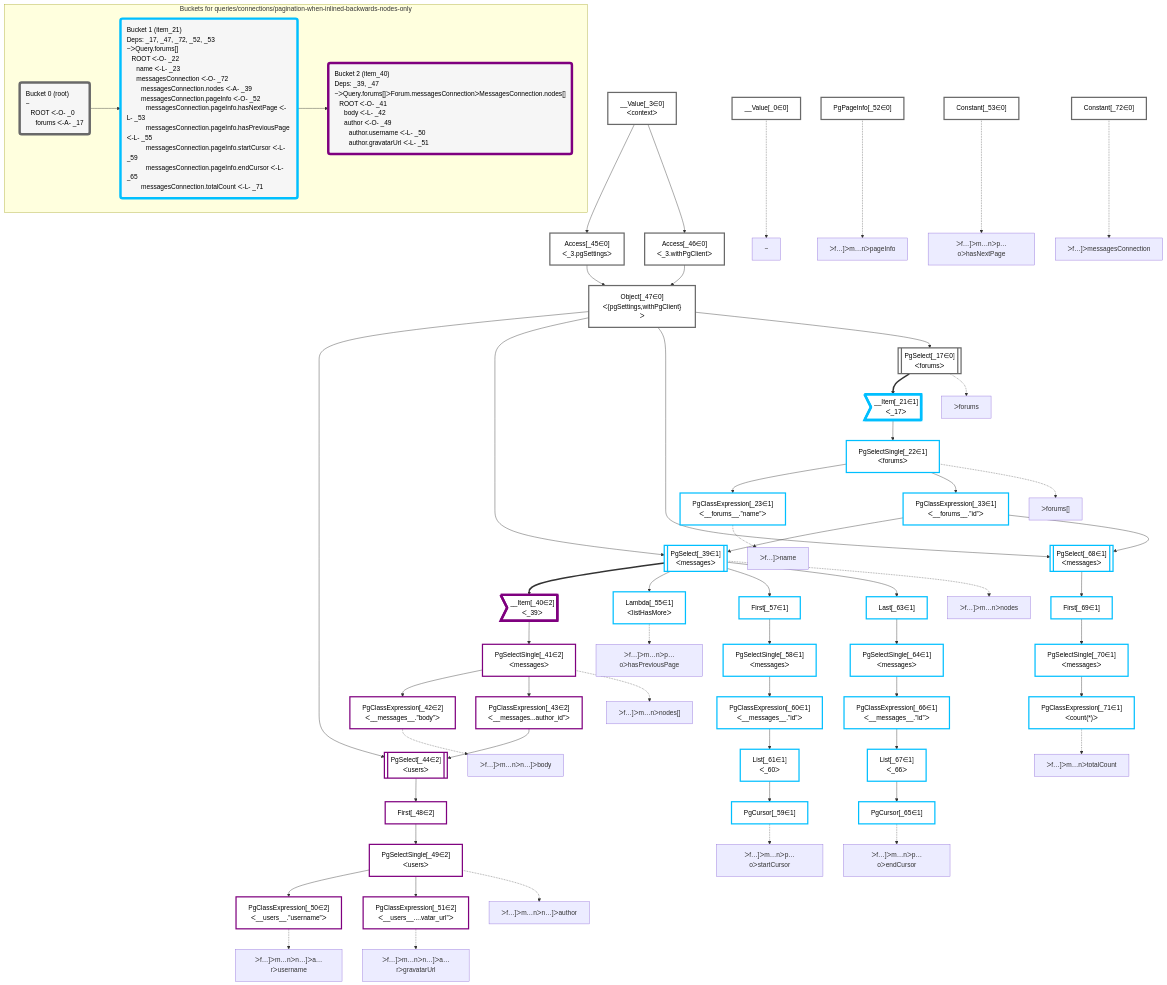
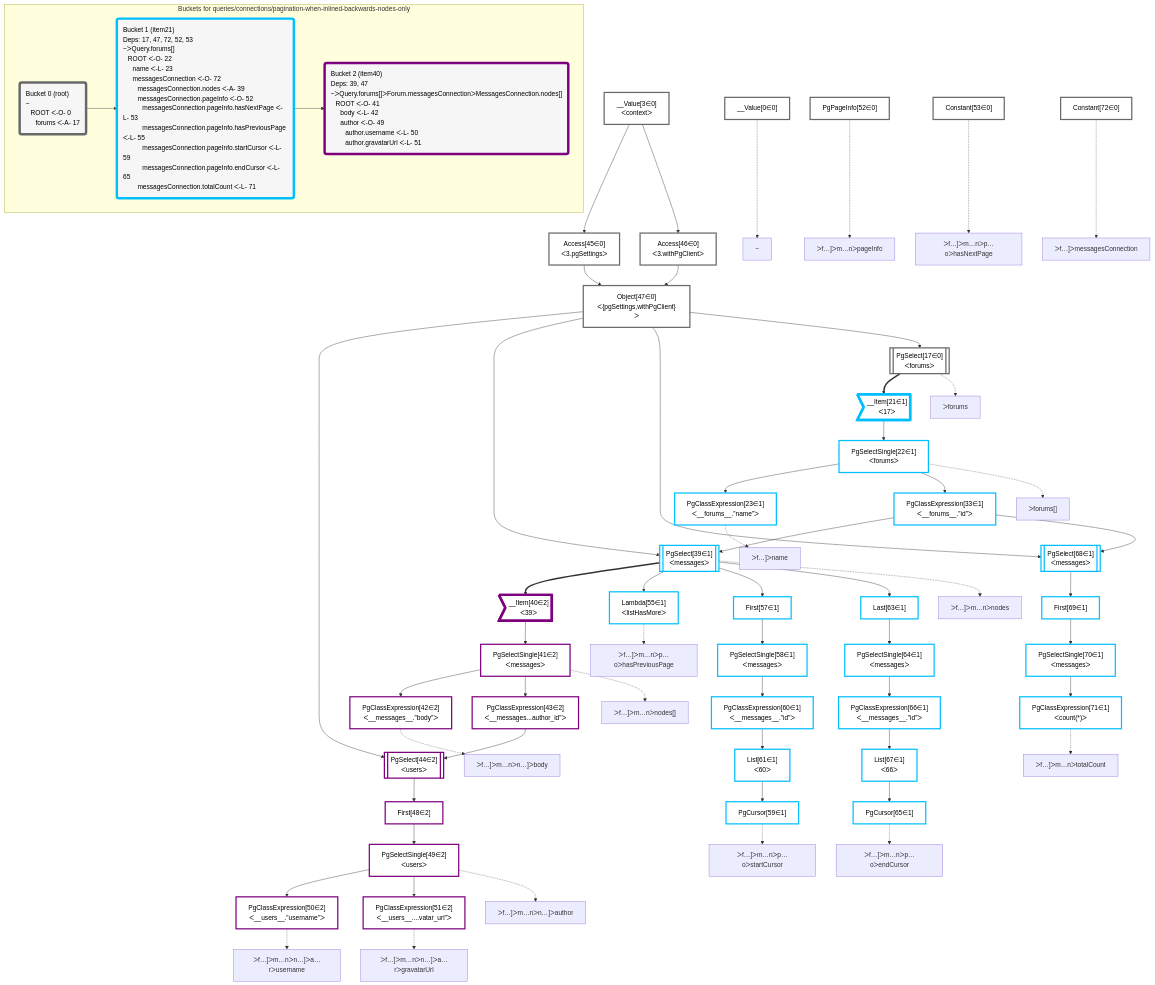
One commit to graphile/crystal changed the diagram in packages/dataplan-pg/__tests__/queries/connections/pagination-when-inlined-backwards-nodes-only.deopt.mermaid.md. Above: the diagram before and after it, drawn with Mermaid. The commit also changed 195 other files, not shown here.

```diff
--- a/packages/dataplan-pg/__tests__/queries/connections/pagination-when-inlined-backwards-nodes-only.deopt.mermaid.md
+++ b/packages/dataplan-pg/__tests__/queries/connections/pagination-when-inlined-backwards-nodes-only.deopt.mermaid.md
@@ -8,126 +8,126 @@
 
 
     %% define plans
-    __Value_0["__Value[_0∈0]"]:::plan
-    PgClassExpression_23["PgClassExpression[_23∈1]<br />ᐸ__forums__.”name”ᐳ"]:::plan
-    PgClassExpression_42["PgClassExpression[_42∈2]<br />ᐸ__messages__.”body”ᐳ"]:::plan
-    PgClassExpression_50["PgClassExpression[_50∈2]<br />ᐸ__users__.”username”ᐳ"]:::plan
-    PgClassExpression_51["PgClassExpression[_51∈2]<br />ᐸ__users__....vatar_url”ᐳ"]:::plan
-    PgSelectSingle_49["PgSelectSingle[_49∈2]<br />ᐸusersᐳ"]:::plan
-    First_48["First[_48∈2]"]:::plan
-    PgSelect_44[["PgSelect[_44∈2]<br />ᐸusersᐳ"]]:::plan
-    PgClassExpression_43["PgClassExpression[_43∈2]<br />ᐸ__messages...author_id”ᐳ"]:::plan
-    PgSelectSingle_41["PgSelectSingle[_41∈2]<br />ᐸmessagesᐳ"]:::plan
-    __Item_40>"__Item[_40∈2]<br />ᐸ_39ᐳ"]:::itemplan
-    Lambda_55["Lambda[_55∈1]<br />ᐸlistHasMoreᐳ"]:::plan
-    PgCursor_59["PgCursor[_59∈1]"]:::plan
-    List_61["List[_61∈1]<br />ᐸ_60ᐳ"]:::plan
-    PgClassExpression_60["PgClassExpression[_60∈1]<br />ᐸ__messages__.”id”ᐳ"]:::plan
-    PgSelectSingle_58["PgSelectSingle[_58∈1]<br />ᐸmessagesᐳ"]:::plan
-    First_57["First[_57∈1]"]:::plan
-    PgCursor_65["PgCursor[_65∈1]"]:::plan
-    List_67["List[_67∈1]<br />ᐸ_66ᐳ"]:::plan
-    PgClassExpression_66["PgClassExpression[_66∈1]<br />ᐸ__messages__.”id”ᐳ"]:::plan
-    PgSelectSingle_64["PgSelectSingle[_64∈1]<br />ᐸmessagesᐳ"]:::plan
-    Last_63["Last[_63∈1]"]:::plan
-    PgSelect_39[["PgSelect[_39∈1]<br />ᐸmessagesᐳ"]]:::plan
-    PgClassExpression_71["PgClassExpression[_71∈1]<br />ᐸcount(*)ᐳ"]:::plan
-    PgSelectSingle_70["PgSelectSingle[_70∈1]<br />ᐸmessagesᐳ"]:::plan
-    First_69["First[_69∈1]"]:::plan
-    PgSelect_68[["PgSelect[_68∈1]<br />ᐸmessagesᐳ"]]:::plan
-    PgClassExpression_33["PgClassExpression[_33∈1]<br />ᐸ__forums__.”id”ᐳ"]:::plan
-    PgSelectSingle_22["PgSelectSingle[_22∈1]<br />ᐸforumsᐳ"]:::plan
-    __Item_21>"__Item[_21∈1]<br />ᐸ_17ᐳ"]:::itemplan
-    PgSelect_17[["PgSelect[_17∈0]<br />ᐸforumsᐳ"]]:::plan
-    Object_47["Object[_47∈0]<br />ᐸ{pgSettings,withPgClient}ᐳ"]:::plan
-    Access_45["Access[_45∈0]<br />ᐸ_3.pgSettingsᐳ"]:::plan
-    Access_46["Access[_46∈0]<br />ᐸ_3.withPgClientᐳ"]:::plan
-    __Value_3["__Value[_3∈0]<br />ᐸcontextᐳ"]:::plan
-    Constant_72["Constant[_72∈0]"]:::plan
-    PgPageInfo_52["PgPageInfo[_52∈0]"]:::plan
-    Constant_53["Constant[_53∈0]"]:::plan
+    __Value0["__Value[0∈0]"]:::plan
+    PgClassExpression23["PgClassExpression[23∈1]<br />ᐸ__forums__.”name”ᐳ"]:::plan
+    PgClassExpression42["PgClassExpression[42∈2]<br />ᐸ__messages__.”body”ᐳ"]:::plan
+    PgClassExpression50["PgClassExpression[50∈2]<br />ᐸ__users__.”username”ᐳ"]:::plan
+    PgClassExpression51["PgClassExpression[51∈2]<br />ᐸ__users__....vatar_url”ᐳ"]:::plan
+    PgSelectSingle49["PgSelectSingle[49∈2]<br />ᐸusersᐳ"]:::plan
+    First48["First[48∈2]"]:::plan
+    PgSelect44[["PgSelect[44∈2]<br />ᐸusersᐳ"]]:::plan
+    PgClassExpression43["PgClassExpression[43∈2]<br />ᐸ__messages...author_id”ᐳ"]:::plan
+    PgSelectSingle41["PgSelectSingle[41∈2]<br />ᐸmessagesᐳ"]:::plan
+    __Item40>"__Item[40∈2]<br />ᐸ39ᐳ"]:::itemplan
+    Lambda55["Lambda[55∈1]<br />ᐸlistHasMoreᐳ"]:::plan
+    PgCursor59["PgCursor[59∈1]"]:::plan
+    List61["List[61∈1]<br />ᐸ60ᐳ"]:::plan
+    PgClassExpression60["PgClassExpression[60∈1]<br />ᐸ__messages__.”id”ᐳ"]:::plan
+    PgSelectSingle58["PgSelectSingle[58∈1]<br />ᐸmessagesᐳ"]:::plan
+    First57["First[57∈1]"]:::plan
+    PgCursor65["PgCursor[65∈1]"]:::plan
+    List67["List[67∈1]<br />ᐸ66ᐳ"]:::plan
+    PgClassExpression66["PgClassExpression[66∈1]<br />ᐸ__messages__.”id”ᐳ"]:::plan
+    PgSelectSingle64["PgSelectSingle[64∈1]<br />ᐸmessagesᐳ"]:::plan
+    Last63["Last[63∈1]"]:::plan
+    PgSelect39[["PgSelect[39∈1]<br />ᐸmessagesᐳ"]]:::plan
+    PgClassExpression71["PgClassExpression[71∈1]<br />ᐸcount(*)ᐳ"]:::plan
+    PgSelectSingle70["PgSelectSingle[70∈1]<br />ᐸmessagesᐳ"]:::plan
+    First69["First[69∈1]"]:::plan
+    PgSelect68[["PgSelect[68∈1]<br />ᐸmessagesᐳ"]]:::plan
+    PgClassExpression33["PgClassExpression[33∈1]<br />ᐸ__forums__.”id”ᐳ"]:::plan
+    PgSelectSingle22["PgSelectSingle[22∈1]<br />ᐸforumsᐳ"]:::plan
+    __Item21>"__Item[21∈1]<br />ᐸ17ᐳ"]:::itemplan
+    PgSelect17[["PgSelect[17∈0]<br />ᐸforumsᐳ"]]:::plan
+    Object47["Object[47∈0]<br />ᐸ{pgSettings,withPgClient}ᐳ"]:::plan
+    Access45["Access[45∈0]<br />ᐸ3.pgSettingsᐳ"]:::plan
+    Access46["Access[46∈0]<br />ᐸ3.withPgClientᐳ"]:::plan
+    __Value3["__Value[3∈0]<br />ᐸcontextᐳ"]:::plan
+    Constant72["Constant[72∈0]"]:::plan
+    PgPageInfo52["PgPageInfo[52∈0]"]:::plan
+    Constant53["Constant[53∈0]"]:::plan
 
     %% plan dependencies
-    PgSelectSingle_22 --> PgClassExpression_23
-    PgSelectSingle_41 --> PgClassExpression_42
-    PgSelectSingle_49 --> PgClassExpression_50
-    PgSelectSingle_49 --> PgClassExpression_51
-    First_48 --> PgSelectSingle_49
-    PgSelect_44 --> First_48
-    Object_47 & PgClassExpression_43 --> PgSelect_44
-    PgSelectSingle_41 --> PgClassExpression_43
-    __Item_40 --> PgSelectSingle_41
-    PgSelect_39 ==> __Item_40
-    PgSelect_39 --> Lambda_55
-    List_61 --> PgCursor_59
-    PgClassExpression_60 --> List_61
-    PgSelectSingle_58 --> PgClassExpression_60
-    First_57 --> PgSelectSingle_58
-    PgSelect_39 --> First_57
-    List_67 --> PgCursor_65
-    PgClassExpression_66 --> List_67
-    PgSelectSingle_64 --> PgClassExpression_66
-    Last_63 --> PgSelectSingle_64
-    PgSelect_39 --> Last_63
-    Object_47 & PgClassExpression_33 --> PgSelect_39
-    PgSelectSingle_70 --> PgClassExpression_71
-    First_69 --> PgSelectSingle_70
-    PgSelect_68 --> First_69
-    Object_47 & PgClassExpression_33 --> PgSelect_68
-    PgSelectSingle_22 --> PgClassExpression_33
-    __Item_21 --> PgSelectSingle_22
-    PgSelect_17 ==> __Item_21
-    Object_47 --> PgSelect_17
-    Access_45 & Access_46 --> Object_47
-    __Value_3 --> Access_45
-    __Value_3 --> Access_46
+    PgSelectSingle22 --> PgClassExpression23
+    PgSelectSingle41 --> PgClassExpression42
+    PgSelectSingle49 --> PgClassExpression50
+    PgSelectSingle49 --> PgClassExpression51
+    First48 --> PgSelectSingle49
+    PgSelect44 --> First48
+    Object47 & PgClassExpression43 --> PgSelect44
+    PgSelectSingle41 --> PgClassExpression43
+    __Item40 --> PgSelectSingle41
+    PgSelect39 ==> __Item40
+    PgSelect39 --> Lambda55
+    List61 --> PgCursor59
+    PgClassExpression60 --> List61
+    PgSelectSingle58 --> PgClassExpression60
+    First57 --> PgSelectSingle58
+    PgSelect39 --> First57
+    List67 --> PgCursor65
+    PgClassExpression66 --> List67
+    PgSelectSingle64 --> PgClassExpression66
+    Last63 --> PgSelectSingle64
+    PgSelect39 --> Last63
+    Object47 & PgClassExpression33 --> PgSelect39
+    PgSelectSingle70 --> PgClassExpression71
+    First69 --> PgSelectSingle70
+    PgSelect68 --> First69
+    Object47 & PgClassExpression33 --> PgSelect68
+    PgSelectSingle22 --> PgClassExpression33
+    __Item21 --> PgSelectSingle22
+    PgSelect17 ==> __Item21
+    Object47 --> PgSelect17
+    Access45 & Access46 --> Object47
+    __Value3 --> Access45
+    __Value3 --> Access46
 
     %% plan-to-path relationships
-    P_0["~"]
-    __Value_0 -.-> P_0
-    P_17["ᐳforums"]
-    PgSelect_17 -.-> P_17
-    P_22["ᐳforums[]"]
-    PgSelectSingle_22 -.-> P_22
-    P_23["ᐳf…]ᐳname"]
-    PgClassExpression_23 -.-> P_23
-    P_39["ᐳf…]ᐳm…nᐳnodes"]
-    PgSelect_39 -.-> P_39
-    P_41["ᐳf…]ᐳm…nᐳnodes[]"]
-    PgSelectSingle_41 -.-> P_41
-    P_42["ᐳf…]ᐳm…nᐳn…]ᐳbody"]
-    PgClassExpression_42 -.-> P_42
-    P_49["ᐳf…]ᐳm…nᐳn…]ᐳauthor"]
-    PgSelectSingle_49 -.-> P_49
-    P_50["ᐳf…]ᐳm…nᐳn…]ᐳa…rᐳusername"]
-    PgClassExpression_50 -.-> P_50
-    P_51["ᐳf…]ᐳm…nᐳn…]ᐳa…rᐳgravatarUrl"]
-    PgClassExpression_51 -.-> P_51
-    P_52["ᐳf…]ᐳm…nᐳpageInfo"]
-    PgPageInfo_52 -.-> P_52
-    P_53["ᐳf…]ᐳm…nᐳp…oᐳhasNextPage"]
-    Constant_53 -.-> P_53
-    P_55["ᐳf…]ᐳm…nᐳp…oᐳhasPreviousPage"]
-    Lambda_55 -.-> P_55
-    P_59["ᐳf…]ᐳm…nᐳp…oᐳstartCursor"]
-    PgCursor_59 -.-> P_59
-    P_65["ᐳf…]ᐳm…nᐳp…oᐳendCursor"]
-    PgCursor_65 -.-> P_65
-    P_71["ᐳf…]ᐳm…nᐳtotalCount"]
-    PgClassExpression_71 -.-> P_71
-    P_72["ᐳf…]ᐳmessagesConnection"]
-    Constant_72 -.-> P_72
+    P0["~"]
+    __Value0 -.-> P0
+    P17["ᐳforums"]
+    PgSelect17 -.-> P17
+    P22["ᐳforums[]"]
+    PgSelectSingle22 -.-> P22
+    P23["ᐳf…]ᐳname"]
+    PgClassExpression23 -.-> P23
+    P39["ᐳf…]ᐳm…nᐳnodes"]
+    PgSelect39 -.-> P39
+    P41["ᐳf…]ᐳm…nᐳnodes[]"]
+    PgSelectSingle41 -.-> P41
+    P42["ᐳf…]ᐳm…nᐳn…]ᐳbody"]
+    PgClassExpression42 -.-> P42
+    P49["ᐳf…]ᐳm…nᐳn…]ᐳauthor"]
+    PgSelectSingle49 -.-> P49
+    P50["ᐳf…]ᐳm…nᐳn…]ᐳa…rᐳusername"]
+    PgClassExpression50 -.-> P50
+    P51["ᐳf…]ᐳm…nᐳn…]ᐳa…rᐳgravatarUrl"]
+    PgClassExpression51 -.-> P51
+    P52["ᐳf…]ᐳm…nᐳpageInfo"]
+    PgPageInfo52 -.-> P52
+    P53["ᐳf…]ᐳm…nᐳp…oᐳhasNextPage"]
+    Constant53 -.-> P53
+    P55["ᐳf…]ᐳm…nᐳp…oᐳhasPreviousPage"]
+    Lambda55 -.-> P55
+    P59["ᐳf…]ᐳm…nᐳp…oᐳstartCursor"]
+    PgCursor59 -.-> P59
+    P65["ᐳf…]ᐳm…nᐳp…oᐳendCursor"]
+    PgCursor65 -.-> P65
+    P71["ᐳf…]ᐳm…nᐳtotalCount"]
+    PgClassExpression71 -.-> P71
+    P72["ᐳf…]ᐳmessagesConnection"]
+    Constant72 -.-> P72
 
     subgraph "Buckets for queries/connections/pagination-when-inlined-backwards-nodes-only"
-    Bucket0("Bucket 0 (root)<br />~<br />⠀ROOT ᐸ-O- _0<br />⠀⠀forums ᐸ-A- _17"):::bucket
+    Bucket0("Bucket 0 (root)<br />~<br />⠀ROOT ᐸ-O- 0<br />⠀⠀forums ᐸ-A- 17"):::bucket
     classDef bucket0 stroke:#696969
-    class Bucket0,__Value_0,__Value_3,PgSelect_17,Access_45,Access_46,Object_47,PgPageInfo_52,Constant_53,Constant_72 bucket0
-    Bucket1("Bucket 1 (item_21)<br />Deps: _17, _47, _72, _52, _53<br />~ᐳQuery.forums[]<br />⠀ROOT ᐸ-O- _22<br />⠀⠀name ᐸ-L- _23<br />⠀⠀messagesConnection ᐸ-O- _72<br />⠀⠀⠀messagesConnection.nodes ᐸ-A- _39<br />⠀⠀⠀messagesConnection.pageInfo ᐸ-O- _52<br />⠀⠀⠀⠀messagesConnection.pageInfo.hasNextPage ᐸ-L- _53<br />⠀⠀⠀⠀messagesConnection.pageInfo.hasPreviousPage ᐸ-L- _55<br />⠀⠀⠀⠀messagesConnection.pageInfo.startCursor ᐸ-L- _59<br />⠀⠀⠀⠀messagesConnection.pageInfo.endCursor ᐸ-L- _65<br />⠀⠀⠀messagesConnection.totalCount ᐸ-L- _71"):::bucket
+    class Bucket0,__Value0,__Value3,PgSelect17,Access45,Access46,Object47,PgPageInfo52,Constant53,Constant72 bucket0
+    Bucket1("Bucket 1 (item21)<br />Deps: 17, 47, 72, 52, 53<br />~ᐳQuery.forums[]<br />⠀ROOT ᐸ-O- 22<br />⠀⠀name ᐸ-L- 23<br />⠀⠀messagesConnection ᐸ-O- 72<br />⠀⠀⠀messagesConnection.nodes ᐸ-A- 39<br />⠀⠀⠀messagesConnection.pageInfo ᐸ-O- 52<br />⠀⠀⠀⠀messagesConnection.pageInfo.hasNextPage ᐸ-L- 53<br />⠀⠀⠀⠀messagesConnection.pageInfo.hasPreviousPage ᐸ-L- 55<br />⠀⠀⠀⠀messagesConnection.pageInfo.startCursor ᐸ-L- 59<br />⠀⠀⠀⠀messagesConnection.pageInfo.endCursor ᐸ-L- 65<br />⠀⠀⠀messagesConnection.totalCount ᐸ-L- 71"):::bucket
     classDef bucket1 stroke:#00bfff
-    class Bucket1,__Item_21,PgSelectSingle_22,PgClassExpression_23,PgClassExpression_33,PgSelect_39,Lambda_55,First_57,PgSelectSingle_58,PgCursor_59,PgClassExpression_60,List_61,Last_63,PgSelectSingle_64,PgCursor_65,PgClassExpression_66,List_67,PgSelect_68,First_69,PgSelectSingle_70,PgClassExpression_71 bucket1
-    Bucket2("Bucket 2 (item_40)<br />Deps: _39, _47<br />~ᐳQuery.forums[]ᐳForum.messagesConnectionᐳMessagesConnection.nodes[]<br />⠀ROOT ᐸ-O- _41<br />⠀⠀body ᐸ-L- _42<br />⠀⠀author ᐸ-O- _49<br />⠀⠀⠀author.username ᐸ-L- _50<br />⠀⠀⠀author.gravatarUrl ᐸ-L- _51"):::bucket
+    class Bucket1,__Item21,PgSelectSingle22,PgClassExpression23,PgClassExpression33,PgSelect39,Lambda55,First57,PgSelectSingle58,PgCursor59,PgClassExpression60,List61,Last63,PgSelectSingle64,PgCursor65,PgClassExpression66,List67,PgSelect68,First69,PgSelectSingle70,PgClassExpression71 bucket1
+    Bucket2("Bucket 2 (item40)<br />Deps: 39, 47<br />~ᐳQuery.forums[]ᐳForum.messagesConnectionᐳMessagesConnection.nodes[]<br />⠀ROOT ᐸ-O- 41<br />⠀⠀body ᐸ-L- 42<br />⠀⠀author ᐸ-O- 49<br />⠀⠀⠀author.username ᐸ-L- 50<br />⠀⠀⠀author.gravatarUrl ᐸ-L- 51"):::bucket
     classDef bucket2 stroke:#7f007f
-    class Bucket2,__Item_40,PgSelectSingle_41,PgClassExpression_42,PgClassExpression_43,PgSelect_44,First_48,PgSelectSingle_49,PgClassExpression_50,PgClassExpression_51 bucket2
+    class Bucket2,__Item40,PgSelectSingle41,PgClassExpression42,PgClassExpression43,PgSelect44,First48,PgSelectSingle49,PgClassExpression50,PgClassExpression51 bucket2
     Bucket0 --> Bucket1
     Bucket1 --> Bucket2
     end
```
